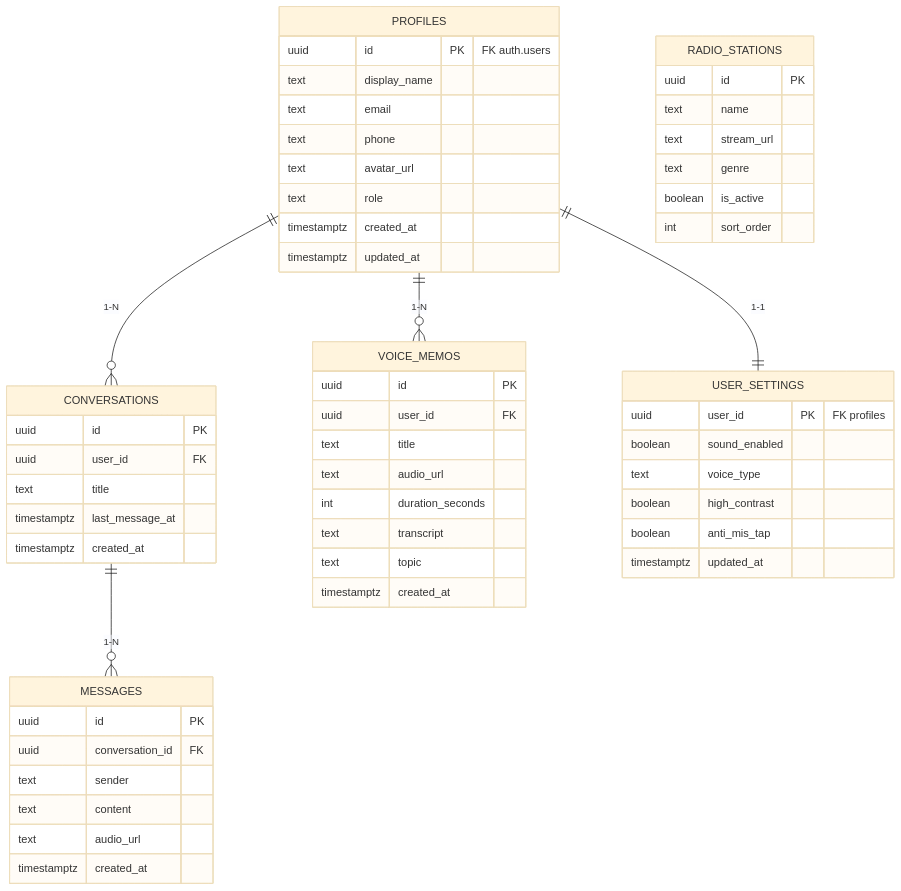
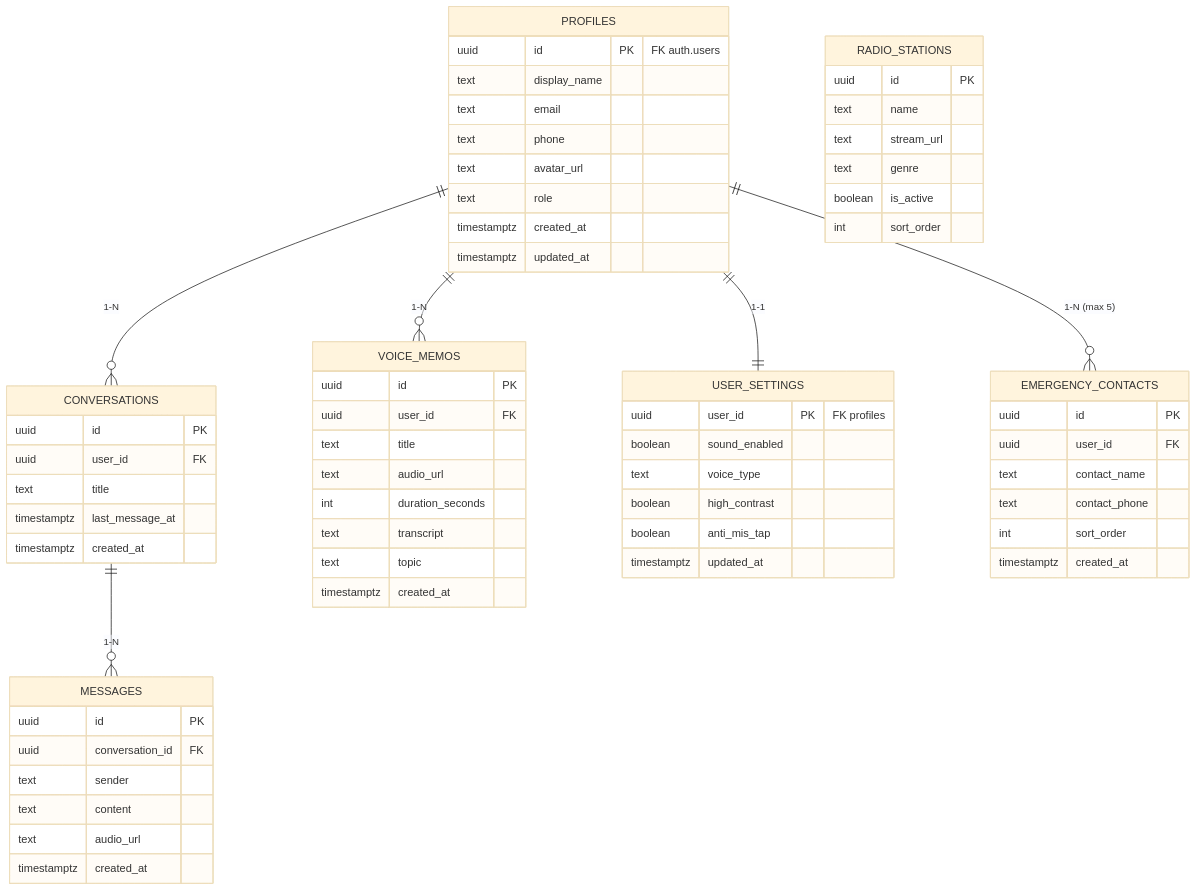
The diagram in .claude/docs/database_schema.md (hoangtranduchai/emoheal), drawn with Mermaid (base theme) before and after one commit. The commit also changed other lines of this file and 6 other files, not shown here.

````diff
--- a/.claude/docs/database_schema.md
+++ b/.claude/docs/database_schema.md
@@ -9,64 +9,74 @@
 ```mermaid
 erDiagram
     PROFILES ||--o{ CONVERSATIONS : "1-N"
     PROFILES ||--o{ VOICE_MEMOS : "1-N"
     PROFILES ||--|| USER_SETTINGS : "1-1"
     CONVERSATIONS ||--o{ MESSAGES : "1-N"
     
     PROFILES {
         uuid id PK "FK auth.users"
         text display_name
         text email
         text phone
         text avatar_url
         text role
         timestamptz created_at
         timestamptz updated_at
     }
     
     CONVERSATIONS {
         uuid id PK
         uuid user_id FK
         text title
         timestamptz last_message_at
         timestamptz created_at
     }
     
     MESSAGES {
         uuid id PK
         uuid conversation_id FK
         text sender
         text content
         text audio_url
         timestamptz created_at
     }
     
     VOICE_MEMOS {
         uuid id PK
         uuid user_id FK
         text title
         text audio_url
         int duration_seconds
         text transcript
         text topic
         timestamptz created_at
     }
     
     USER_SETTINGS {
         uuid user_id PK "FK profiles"
         boolean sound_enabled
         text voice_type
         boolean high_contrast
         boolean anti_mis_tap
         timestamptz updated_at
     }
     
     RADIO_STATIONS {
         uuid id PK
         text name
         text stream_url
         text genre
         boolean is_active
         int sort_order
     }
+    
+    PROFILES ||--o{ EMERGENCY_CONTACTS : "1-N (max 5)"
+    EMERGENCY_CONTACTS {
+        uuid id PK
+        uuid user_id FK
+        text contact_name
+        text contact_phone
+        int sort_order
+        timestamptz created_at
+    }
 ```
````
